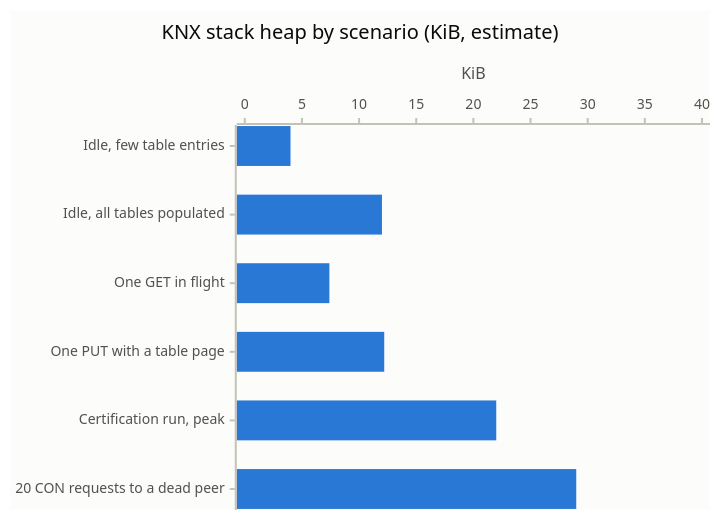
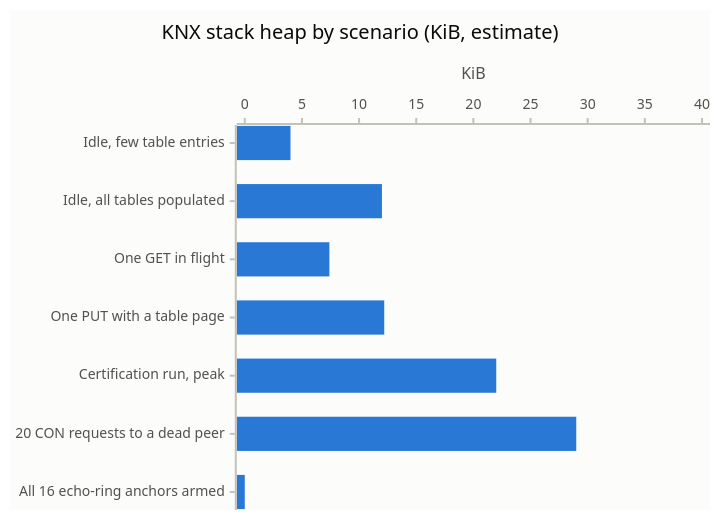
Before and after one commit to Adam-Maciuga/sdk-knx-iot-point-api-stack: the second of 7 diagrams in docs/memory_breakdown.md, drawn with Mermaid. The commit also changed other lines of this file, not shown here.

````diff
--- a/docs/memory_breakdown.md
+++ b/docs/memory_breakdown.md
@@ -247,8 +248,8 @@
 ```mermaid
 %%{init: {"theme": "base", "themeVariables": {"xyChart": {"plotColorPalette": "#2a78d6", "backgroundColor": "#fcfcfb", "titleColor": "#0b0b0b", "xAxisLabelColor": "#52514e", "yAxisLabelColor": "#52514e", "xAxisTitleColor": "#52514e", "yAxisTitleColor": "#52514e", "xAxisLineColor": "#c3c2b7", "yAxisLineColor": "#c3c2b7", "xAxisTickColor": "#c3c2b7", "yAxisTickColor": "#c3c2b7"}}}}%%
 xychart-beta horizontal
     title "KNX stack heap by scenario (KiB, estimate)"
-    x-axis ["Idle, few table entries", "Idle, all tables populated", "One GET in flight", "One PUT with a table page", "Certification run, peak", "20 CON requests to a dead peer"]
+    x-axis ["Idle, few table entries", "Idle, all tables populated", "One GET in flight", "One PUT with a table page", "Certification run, peak", "20 CON requests to a dead peer", "All 16 echo-ring anchors armed"]
     y-axis "KiB" 0 --> 40
-    bar [4, 12, 7.4, 12.2, 22, 29]
+    bar [4, 12, 7.4, 12.2, 22, 29, 0]
 ```
````
